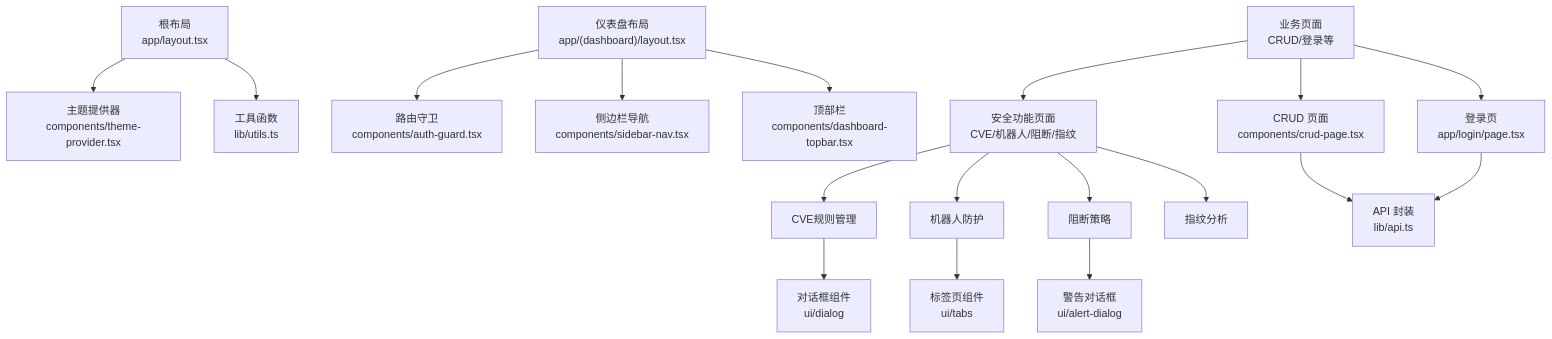
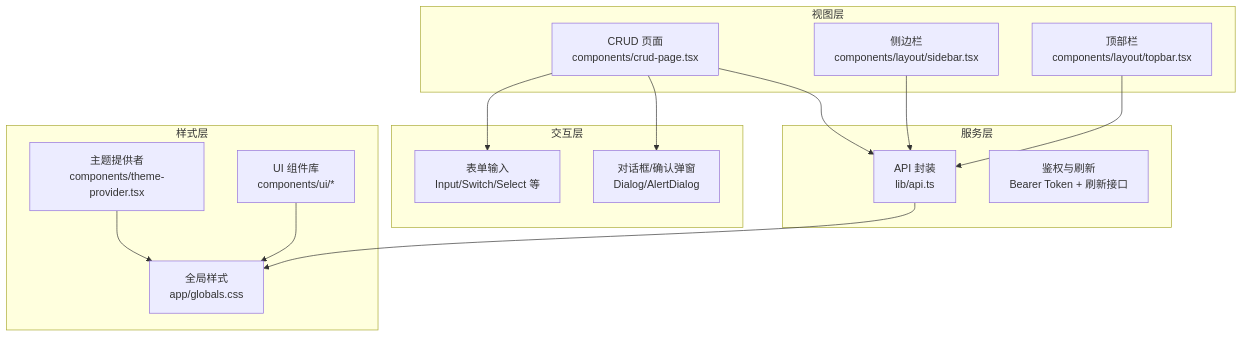
Before and after one commit to x01n/My-OpenWaf: the second of 8 diagrams in docs/前端管理界面/前端管理界面.md, drawn with Mermaid. The commit also changed other lines of this file and 199 other files, not shown here.

````diff
--- a/docs/前端管理界面/前端管理界面.md
+++ b/docs/前端管理界面/前端管理界面.md
@@ -164,20 +95,29 @@
 ```mermaid
 graph TB
-Root["根布局<br/>app/layout.tsx"] --> Theme["主题提供器<br/>components/theme-provider.tsx"]
-Root --> Utils["工具函数<br/>lib/utils.ts"]
-Dash["仪表盘布局<br/>app/(dashboard)/layout.tsx"] --> Guard["路由守卫<br/>components/auth-guard.tsx"]
-Dash --> Sidebar["侧边栏导航<br/>components/sidebar-nav.tsx"]
-Dash --> Topbar["顶部栏<br/>components/dashboard-topbar.tsx"]
-Pages["业务页面<br/>CRUD/登录等"] --> CRUD["CRUD 页面<br/>components/crud-page.tsx"]
-Pages --> Login["登录页<br/>app/login/page.tsx"]
-Pages --> SecurityPages["安全功能页面<br/>CVE/机器人/阻断/指纹"]
-SecurityPages --> CVETab["CVE规则管理"]
-SecurityPages --> BotTab["机器人防护"]
-SecurityPages --> DropTab["阻断策略"]
-SecurityPages --> FingerprintTab["指纹分析"]
-CRUD --> API["API 封装<br/>lib/api.ts"]
-BotTab --> Tabs["标签页组件<br/>ui/tabs"]
-CVETab --> Dialog["对话框组件<br/>ui/dialog"]
-DropTab --> Alert["警告对话框<br/>ui/alert-dialog"]
-Login --> API
+subgraph "视图层"
+V1["CRUD 页面<br/>components/crud-page.tsx"]
+V2["侧边栏<br/>components/layout/sidebar.tsx"]
+V3["顶部栏<br/>components/layout/topbar.tsx"]
+end
+subgraph "交互层"
+I1["表单输入<br/>Input/Switch/Select 等"]
+I2["对话框/确认弹窗<br/>Dialog/AlertDialog"]
+end
+subgraph "服务层"
+S1["API 封装<br/>lib/api.ts"]
+S2["鉴权与刷新<br/>Bearer Token + 刷新接口"]
+end
+subgraph "样式层"
+ST1["全局样式<br/>app/globals.css"]
+ST2["主题提供者<br/>components/theme-provider.tsx"]
+ST3["UI 组件库<br/>components/ui/*"]
+end
+V1 --> I1
+V1 --> I2
+V1 --> S1
+V2 --> S1
+V3 --> S1
+S1 --> ST1
+ST2 --> ST1
+ST3 --> ST1
 ```
````
